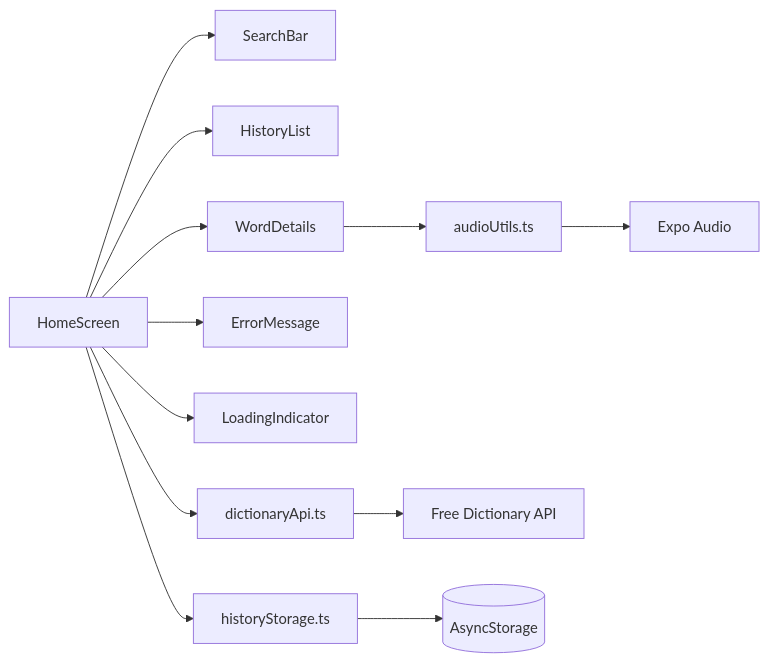
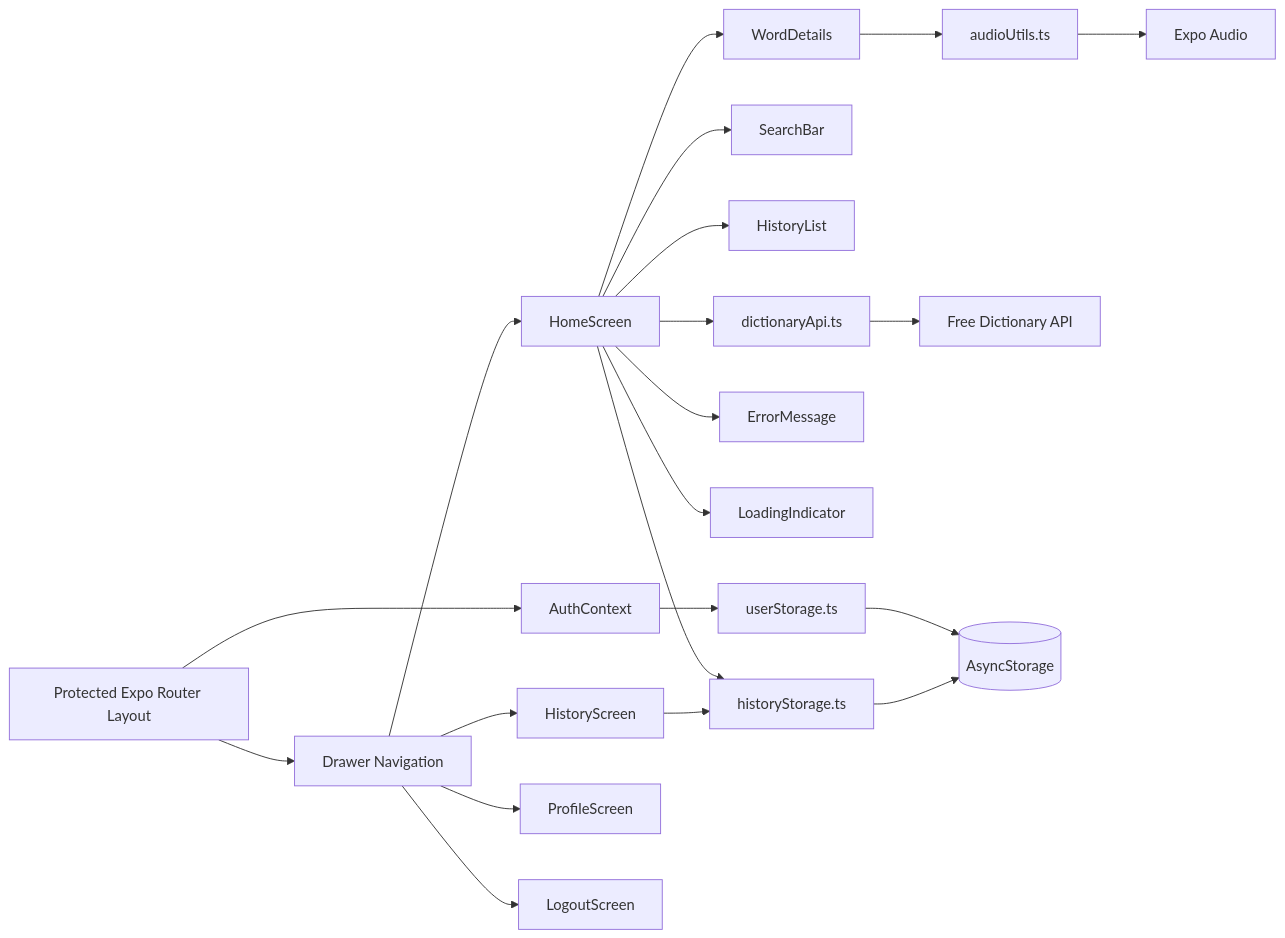
One commit to Joy-Euse/2026-NE changed the second of 2 diagrams in MOBILE/DictionaryApp/README.md. Above: the diagram before and after it, drawn with Mermaid. The commit also changed other lines of this file and 25 other files, not shown here.

````diff
--- a/MOBILE/DictionaryApp/README.md
+++ b/MOBILE/DictionaryApp/README.md
@@ -64,14 +77,23 @@
 ```mermaid
 flowchart LR
-  UI[HomeScreen] --> SearchBar
-  UI --> HistoryList
-  UI --> WordDetails
-  UI --> ErrorMessage
-  UI --> LoadingIndicator
-  UI --> API[dictionaryApi.ts]
-  UI --> Storage[historyStorage.ts]
+  Layout[Protected Expo Router Layout] --> Auth[AuthContext]
+  Layout --> Drawer[Drawer Navigation]
+  Auth --> Users[userStorage.ts]
+  Drawer --> Home[HomeScreen]
+  Drawer --> FullHistory[HistoryScreen]
+  Drawer --> Profile[ProfileScreen]
+  Drawer --> Logout[LogoutScreen]
+  Home --> SearchBar
+  Home --> HistoryList
+  Home --> WordDetails
+  Home --> ErrorMessage
+  Home --> LoadingIndicator
+  Home --> API[dictionaryApi.ts]
+  Home --> Storage[historyStorage.ts]
+  FullHistory --> Storage
   WordDetails --> Audio[audioUtils.ts]
   API --> FreeAPI[Free Dictionary API]
-  Storage --> AsyncStorage[(AsyncStorage)]
+  Users --> AsyncStorage[(AsyncStorage)]
+  Storage --> AsyncStorage
   Audio --> ExpoAudio[Expo Audio]
 ```
````
